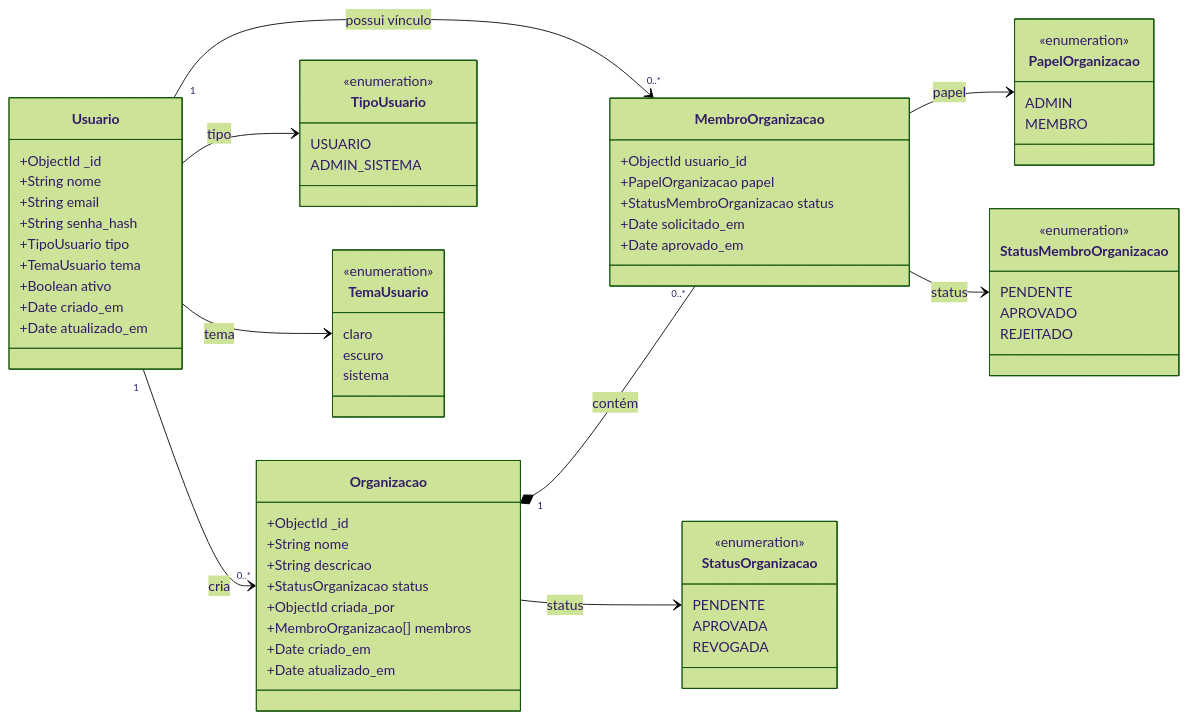
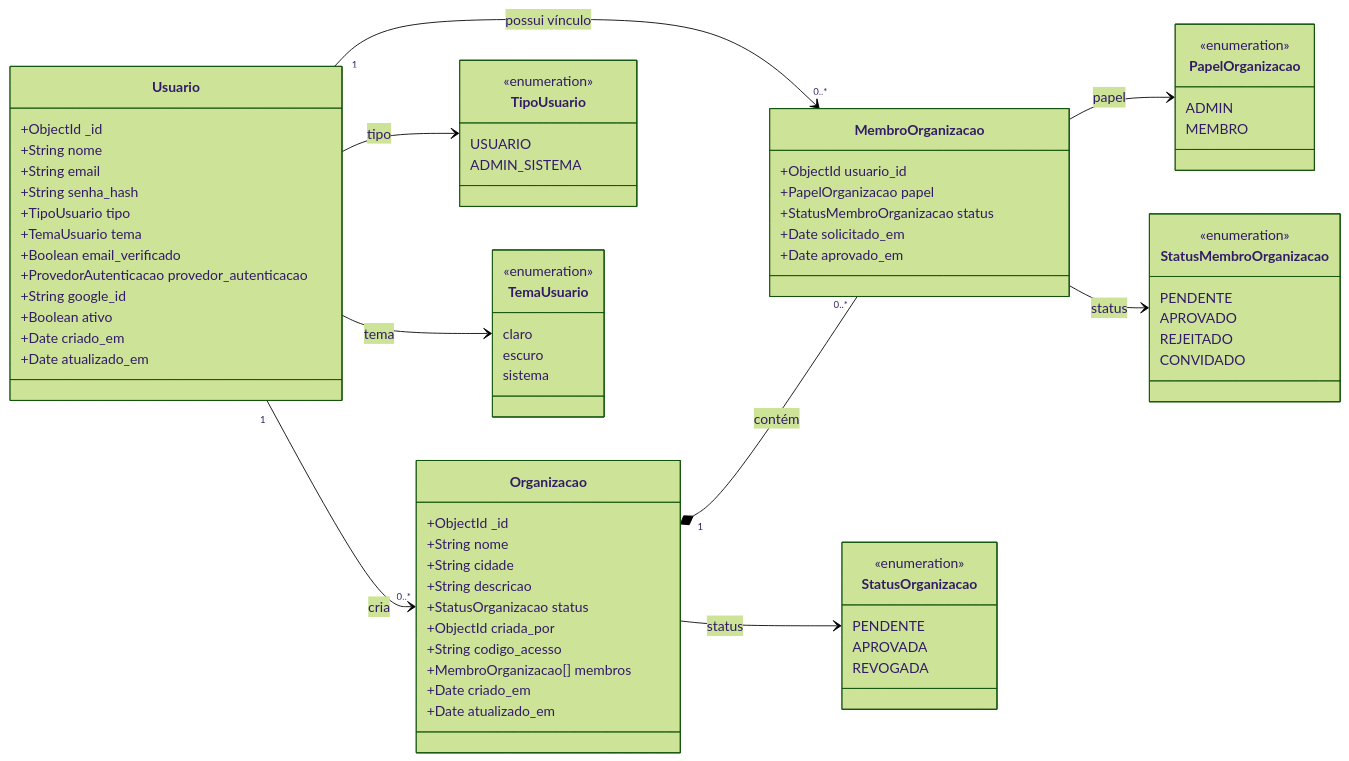
Before and after one commit to Conecta-IFSP/DOCUMENTATION: the diagram in 2 - Incremento1/cadastro-usuario/3 - diagrama-classes-cadastro-usuario.md, drawn with Mermaid (forest theme). The commit also changed 43 other files, not shown here.

```diff
--- a/2 - Incremento1/cadastro-usuario/3 - diagrama-classes-cadastro-usuario.md
+++ b/2 - Incremento1/cadastro-usuario/3 - diagrama-classes-cadastro-usuario.md
@@ -14,6 +14,9 @@
         +String senha_hash
         +TipoUsuario tipo
         +TemaUsuario tema
+        +Boolean email_verificado
+        +ProvedorAutenticacao provedor_autenticacao
+        +String google_id
         +Boolean ativo
         +Date criado_em
         +Date atualizado_em
@@ -22,9 +25,11 @@
     class Organizacao {
         +ObjectId _id
         +String nome
+        +String cidade
         +String descricao
         +StatusOrganizacao status
         +ObjectId criada_por
+        +String codigo_acesso
         +MembroOrganizacao[] membros
         +Date criado_em
         +Date atualizado_em
@@ -69,6 +74,7 @@
         PENDENTE
         APROVADO
         REJEITADO
+        CONVIDADO
     }
 
     Usuario "1" --> "0..*" Organizacao : cria
```
